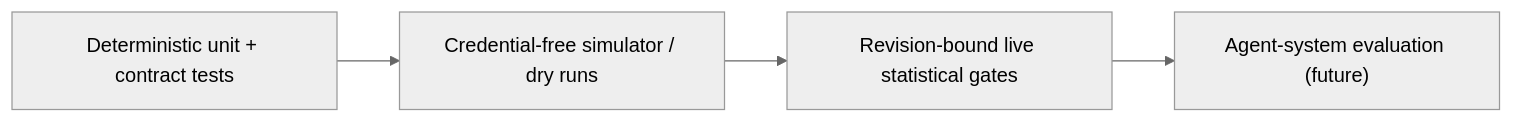
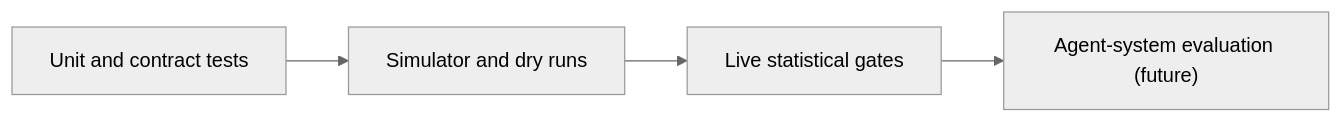
One commit to nrag/Memorii changed the seventh of 7 diagrams in docs/architecture.md. Above: the diagram before and after it, drawn with Mermaid (neutral theme). The commit also changed other lines of this file and 1 other file, not shown here.

First line of the commit message:
docs: rewrite the README and architecture guide in Simplified Technical English (ASD-STE100)

````diff
--- a/docs/architecture.md
+++ b/docs/architecture.md
@@ -294,6 +281,6 @@
 ```mermaid
 flowchart LR
-    A["Deterministic unit + contract tests"] --> B["Credential-free simulator / dry runs"]
-    B --> C["Revision-bound live statistical gates"]
+    A["Unit and contract tests"] --> B["Simulator and dry runs"]
+    B --> C["Live statistical gates"]
     C --> D["Agent-system evaluation (future)"]
 ```
````
